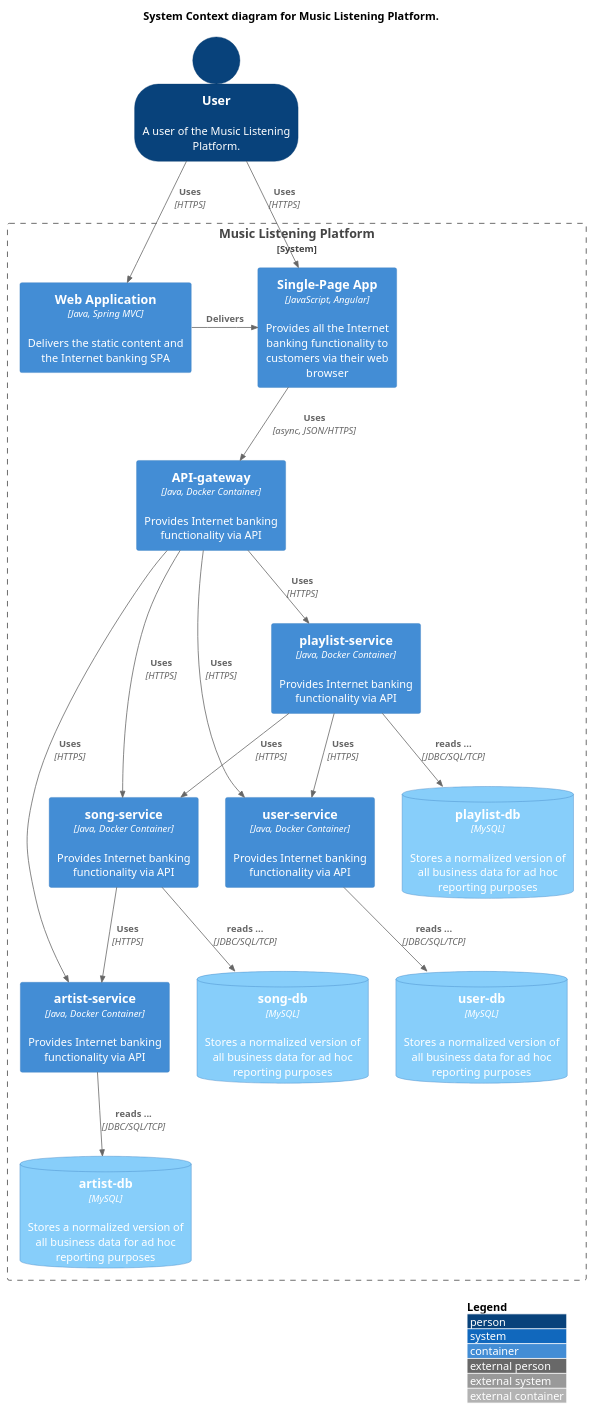
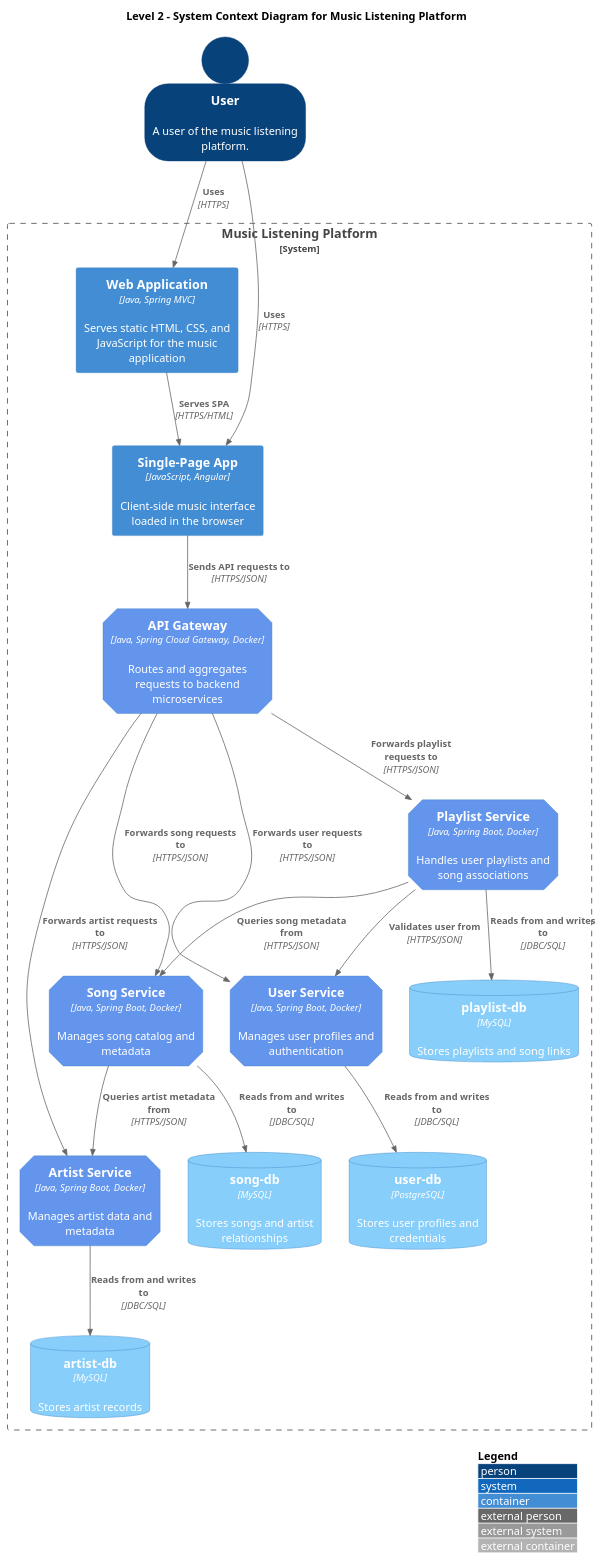
Before and after one commit to megadoxs/MusicWebService: the diagram in diagrams/Level2_Diagram.puml, drawn with PlantUML. The commit also changed 12 other files, not shown here.

Commit message:
Fixed Diagrams

```diff
--- a/diagrams/Level2_Diagram.puml
+++ b/diagrams/Level2_Diagram.puml
@@ -1,49 +1,48 @@
 @startuml
 !include https://raw.githubusercontent.com/plantuml-stdlib/C4-PlantUML/master/C4_Container.puml
 
 LAYOUT_WITH_LEGEND()
-AddElementTag("microService", $shape=EightSidedShape(), $bgColor="CornflowerBlue", $fontColor="white", $legendText="micro service\neight sided")
-AddElementTag("storage", $shape=RoundedBoxShape(), $bgColor="lightSkyBlue", $fontColor="white")
+AddElementTag("microService", $shape=EightSidedShape(), $bgColor="CornflowerBlue", $fontColor="white", $legendText="micro service\nEight sided")
+AddElementTag("storage", $shape=RoundedBoxShape(), $bgColor="lightSkyBlue", $fontColor="white", $legendText="storage\nRounded box")
 
 SHOW_PERSON_OUTLINE()
 
-title System Context diagram for Music Listening Platform.
+title Level 2 – System Context Diagram for Music Listening Platform
 
-Person(user, "User", "A user of the Music Listening Platform.")
-
+Person(user, "User", "A user of the music listening platform.")
 
 System_Boundary(c1, "Music Listening Platform") {
-    Container(web_app, "Web Application", "Java, Spring MVC", "Delivers the static content and the Internet banking SPA")
-    Container(spa, "Single-Page App", "JavaScript, Angular", "Provides all the Internet banking functionality to customers via their web browser")
-    Container(api_gateway, "API-gateway", "Java, Docker Container", "Provides Internet banking functionality via API")
-    Container(as, "artist-service", "Java, Docker Container", "Provides Internet banking functionality via API")
-    Container(ss, "song-service", "Java, Docker Container", "Provides Internet banking functionality via API")
-    Container(us, "user-service", "Java, Docker Container", "Provides Internet banking functionality via API")
-    Container(ps, "playlist-service", "Java, Docker Container", "Provides Internet banking functionality via API")
-ContainerDb(artist_db, "artist-db", "MySQL", "Stores a normalized version of all business data for ad hoc reporting purposes", $tags = "storage")
-ContainerDb(song_db, "song-db", "MySQL", "Stores a normalized version of all business data for ad hoc reporting purposes", $tags = "storage")
-ContainerDb(user_db, "user-db", "MySQL", "Stores a normalized version of all business data for ad hoc reporting purposes", $tags = "storage")
-ContainerDb(play_db, "playlist-db", "MySQL", "Stores a normalized version of all business data for ad hoc reporting purposes", $tags = "storage")
+    Container(webApp, "Web Application", "Java, Spring MVC", "Serves static HTML, CSS, and JavaScript for the music application")
+    Container(spaApp, "Single-Page App", "JavaScript, Angular", "Client-side music interface loaded in the browser")
+    Container(apiGateway, "API Gateway", "Java, Spring Cloud Gateway, Docker", "Routes and aggregates requests to backend microservices", $tags="microService")
+    Container(artistSvc, "Artist Service", "Java, Spring Boot, Docker", "Manages artist data and metadata", $tags="microService")
+    Container(songSvc, "Song Service", "Java, Spring Boot, Docker", "Manages song catalog and metadata", $tags="microService")
+    Container(userSvc, "User Service", "Java, Spring Boot, Docker", "Manages user profiles and authentication", $tags="microService")
+    Container(playlistSvc, "Playlist Service", "Java, Spring Boot, Docker", "Handles user playlists and song associations", $tags="microService")
+    ContainerDb(artistDb, "artist-db", "MySQL", "Stores artist records", $tags="storage")
+    ContainerDb(songDb, "song-db", "MySQL", "Stores songs and artist relationships", $tags="storage")
+    ContainerDb(userDb, "user-db", "PostgreSQL", "Stores user profiles and credentials", $tags="storage")
+    ContainerDb(playlistDb, "playlist-db", "MySQL", "Stores playlists and song links", $tags="storage")
 }
 
-Rel_Neighbor(web_app, spa, "Delivers")
-Rel(spa, api_gateway, "Uses", "async, JSON/HTTPS")
+Rel(user, webApp, "Uses", "HTTPS")
+Rel(user, spaApp, "Uses", "HTTPS")
 
-Rel(user, web_app, "Uses", "HTTPS")
-Rel(user, spa, "Uses", "HTTPS")
-Rel(api_gateway, as, "Uses", "HTTPS")
-Rel(api_gateway, ss, "Uses", "HTTPS")
-Rel(api_gateway, us, "Uses", "HTTPS")
-Rel(api_gateway, ps, "Uses", "HTTPS")
+Rel(webApp, spaApp, "Serves SPA", "HTTPS/HTML")
 
-Rel(ps, ss, "Uses", "HTTPS")
-Rel(ps, us, "Uses", "HTTPS")
-Rel(ss, as, "Uses", "HTTPS")
+Rel(spaApp, apiGateway, "Sends API requests to", "HTTPS/JSON")
+Rel(apiGateway, artistSvc, "Forwards artist requests to", "HTTPS/JSON")
+Rel(apiGateway, songSvc, "Forwards song requests to", "HTTPS/JSON")
+Rel(apiGateway, userSvc, "Forwards user requests to", "HTTPS/JSON")
+Rel(apiGateway, playlistSvc, "Forwards playlist requests to", "HTTPS/JSON")
 
+Rel(playlistSvc, songSvc, "Queries song metadata from", "HTTPS/JSON")
+Rel(playlistSvc, userSvc, "Validates user from", "HTTPS/JSON")
+Rel(songSvc, artistSvc, "Queries artist metadata from", "HTTPS/JSON")
 
-Rel_D(ps, play_db, "reads ...", "JDBC/SQL/TCP")
-Rel_D(ss, song_db, "reads ...", "JDBC/SQL/TCP")
-Rel_D(us, user_db, "reads ...", "JDBC/SQL/TCP")
-Rel_D(as, artist_db, "reads ...", "JDBC/SQL/TCP")
+Rel_D(artistSvc, artistDb, "Reads from and writes to", "JDBC/SQL")
+Rel_D(songSvc, songDb, "Reads from and writes to", "JDBC/SQL")
+Rel_D(userSvc, userDb, "Reads from and writes to", "JDBC/SQL")
+Rel_D(playlistSvc, playlistDb, "Reads from and writes to", "JDBC/SQL")
 
 @enduml
```
